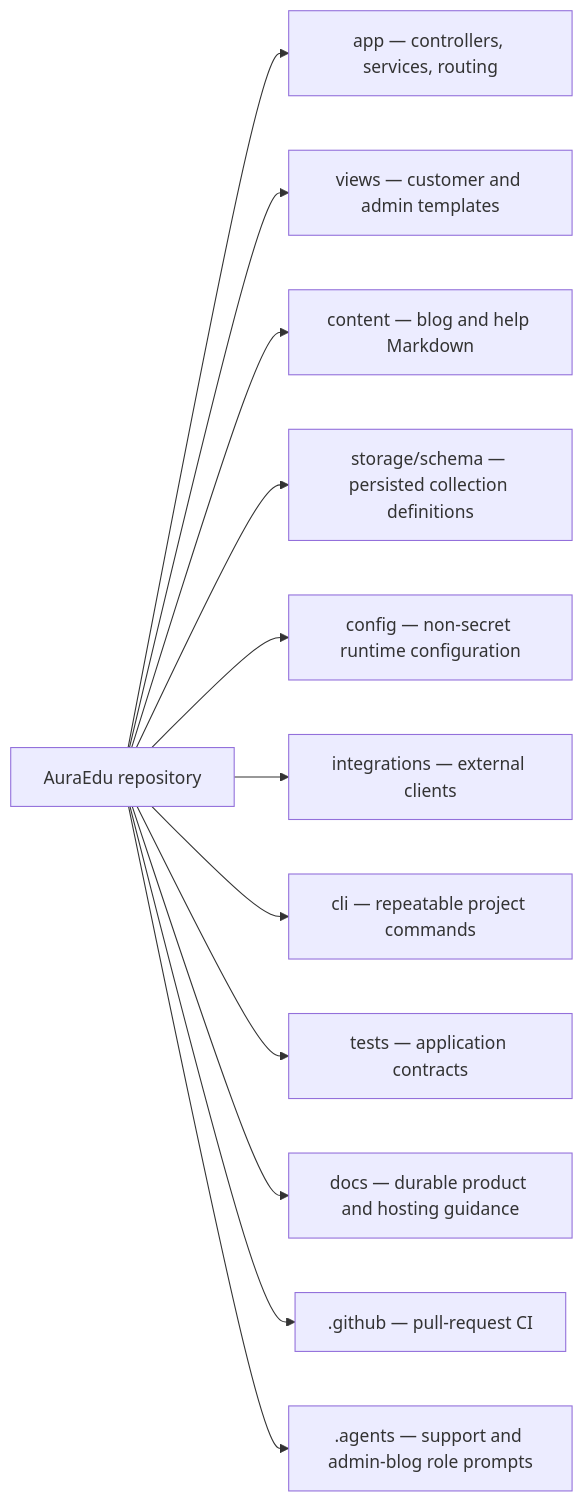
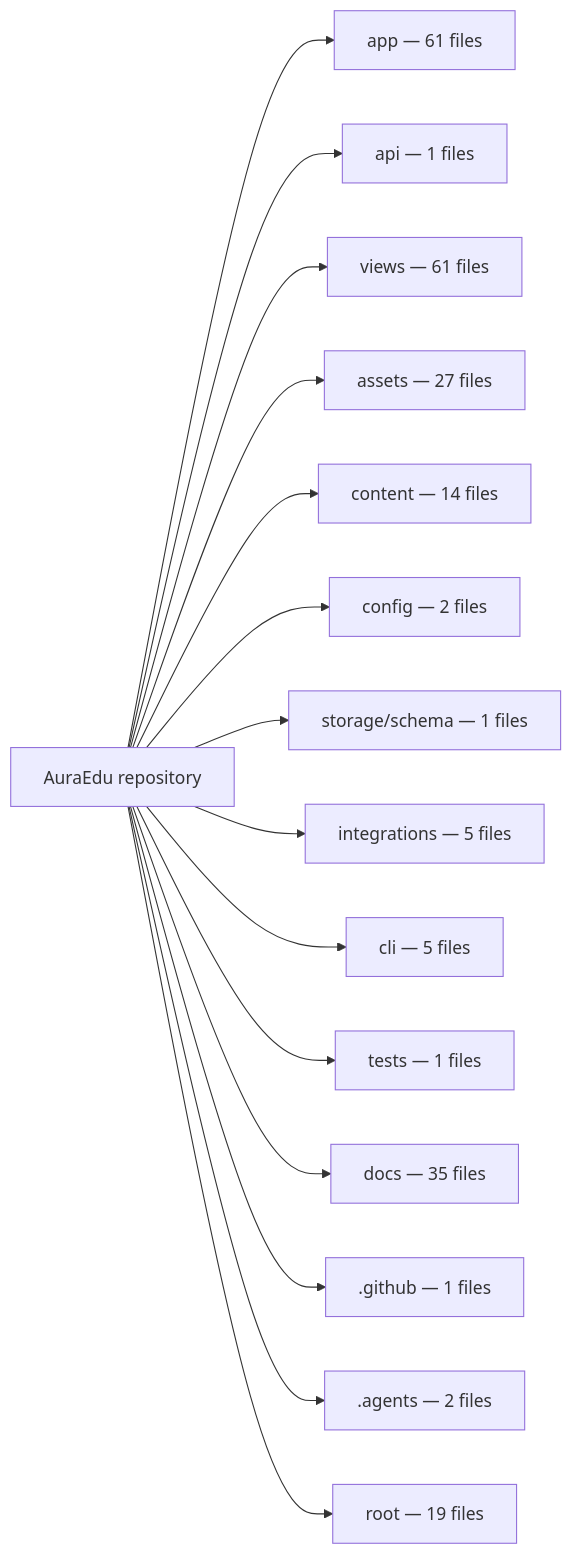
The diagram in map.mmd (getwinharris/auraedu), drawn with Mermaid before and after one commit. The commit also changed other lines of this file and 15 other files, not shown here.

First line of the commit message:
feat: give support agent course/blog/consult context and add brand assets

````diff
--- a/map.mmd
+++ b/map.mmd
@@ -5,16 +5,32 @@
 ```mermaid
 flowchart LR
   root["AuraEdu repository"]
-  app["app — controllers, services, routing"]
-  views["views — customer and admin templates"]
-  content["content — blog and help Markdown"]
-  storage["storage/schema — persisted collection definitions"]
-  config["config — non-secret runtime configuration"]
-  integrations["integrations — external clients"]
-  cli["cli — repeatable project commands"]
-  tests["tests — application contracts"]
-  docs["docs — durable product and hosting guidance"]
-  github[".github — pull-request CI"]
-  agents[".agents — support and admin-blog role prompts"]
-  root --> app & views & content & storage & config & integrations & cli & tests & docs & github & agents
+  g_app["app — 61 files"]
+  root --> g_app
+  g_api["api — 1 files"]
+  root --> g_api
+  g_views["views — 61 files"]
+  root --> g_views
+  g_assets["assets — 27 files"]
+  root --> g_assets
+  g_content["content — 14 files"]
+  root --> g_content
+  g_config["config — 2 files"]
+  root --> g_config
+  g_storage_schema["storage/schema — 1 files"]
+  root --> g_storage_schema
+  g_integrations["integrations — 5 files"]
+  root --> g_integrations
+  g_cli["cli — 5 files"]
+  root --> g_cli
+  g_tests["tests — 1 files"]
+  root --> g_tests
+  g_docs["docs — 35 files"]
+  root --> g_docs
+  g__github[".github — 1 files"]
+  root --> g__github
+  g__agents[".agents — 2 files"]
+  root --> g__agents
+  g_root["root — 19 files"]
+  root --> g_root
 ```
````
